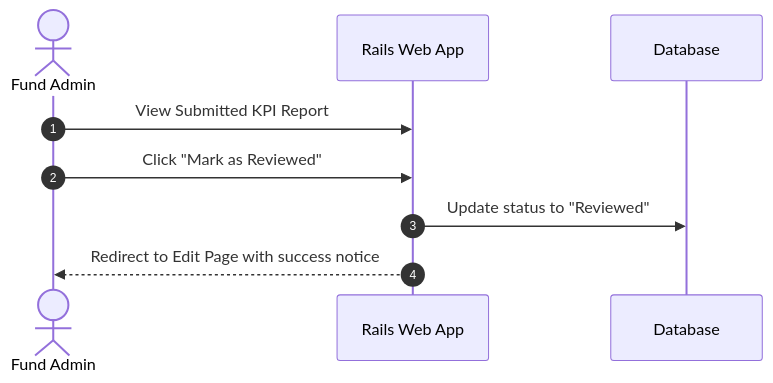
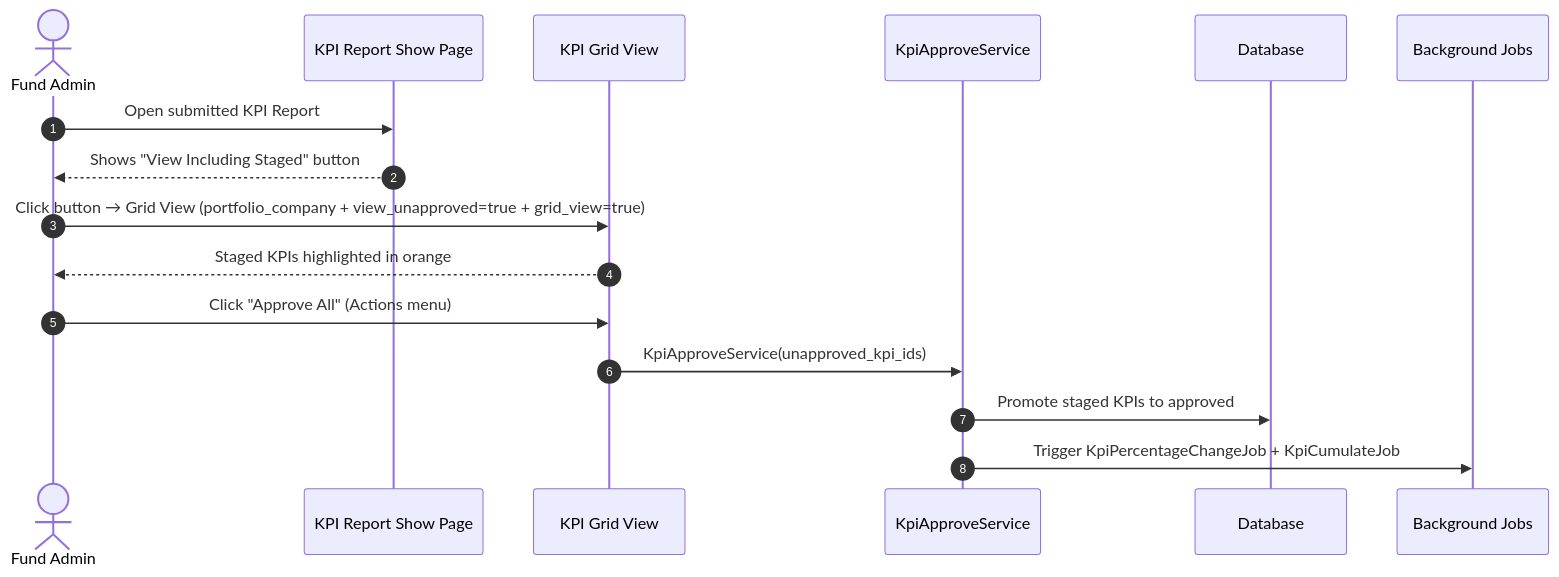
One commit to sampadadiwan/IRM_CompanyMain changed the third of 5 diagrams in docs/user_guides/kpi_upload_user_guide.md. Above: the diagram before and after it, drawn with Mermaid. The commit also changed other lines of this file and 14 other files, not shown here.

````diff
--- a/docs/user_guides/kpi_upload_user_guide.md
+++ b/docs/user_guides/kpi_upload_user_guide.md
@@ -130,12 +132,19 @@
 ```mermaid
 sequenceDiagram
     autonumber
     actor Admin as Fund Admin
-    participant Web as Rails Web App
+    participant Show as KPI Report Show Page
+    participant Grid as KPI Grid View
+    participant Svc as KpiApproveService
     participant DB as Database
+    participant Jobs as Background Jobs
 
-    Admin->>Web: View Submitted KPI Report
-    Admin->>Web: Click "Mark as Reviewed"
-    Web->>DB: Update status to "Reviewed"
-    Web-->>Admin: Redirect to Edit Page with success notice
+    Admin->>Show: Open submitted KPI Report
+    Show-->>Admin: Shows "View Including Staged" button
+    Admin->>Grid: Click button → Grid View (portfolio_company + view_unapproved=true + grid_view=true)
+    Grid-->>Admin: Staged KPIs highlighted in orange
+    Admin->>Grid: Click "Approve All" (Actions menu)
+    Grid->>Svc: KpiApproveService(unapproved_kpi_ids)
+    Svc->>DB: Promote staged KPIs to approved
+    Svc->>Jobs: Trigger KpiPercentageChangeJob + KpiCumulateJob
 ```
````
